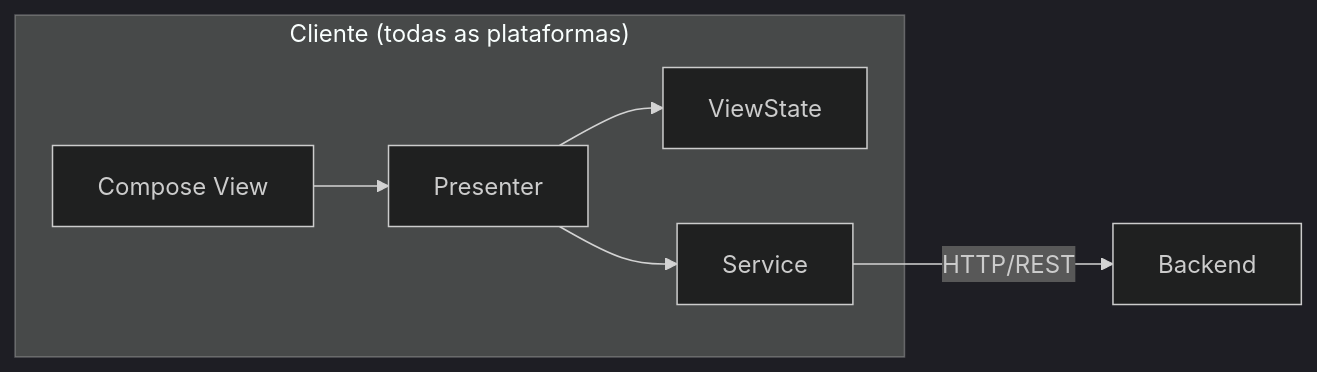
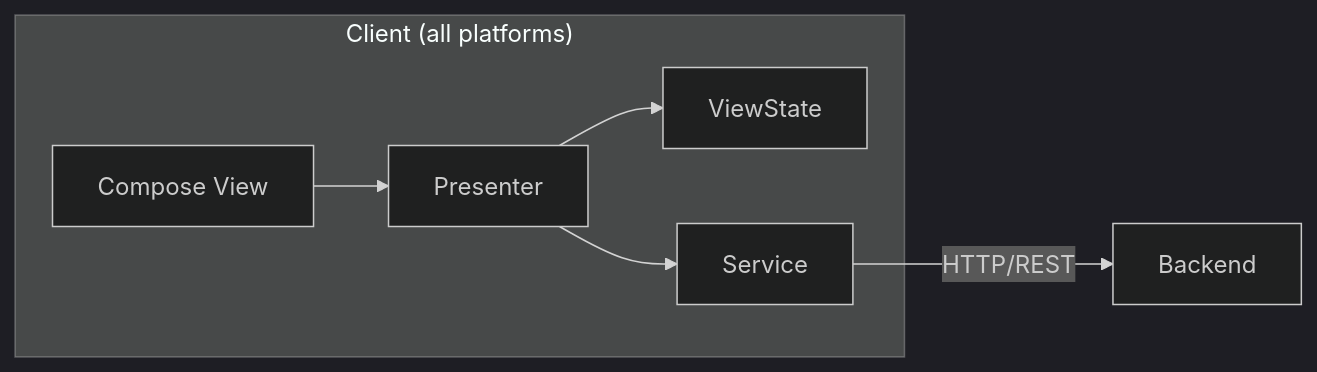
The fourth of 10 diagrams in docs/architecture.md (mrcdom/wdc-cube-kotlin), drawn with Mermaid (dark theme) before and after one commit. The commit also changed other lines of this file and 10 other files, not shown here.

First line of the commit message:
docs: architecture docs and top-level READMEs in US English

````diff
--- a/docs/architecture.md
+++ b/docs/architecture.md
@@ -247,9 +247,9 @@
 ```mermaid
 graph LR
-    subgraph "Cliente (todas as plataformas)"
+    subgraph "Client (all platforms)"
         VIEW["Compose View"] --> PRES["Presenter"]
         PRES --> STATE["ViewState"]
         PRES --> SVC["Service"]
     end
     SVC -->|HTTP/REST| BACK["Backend"]
 ```
````
